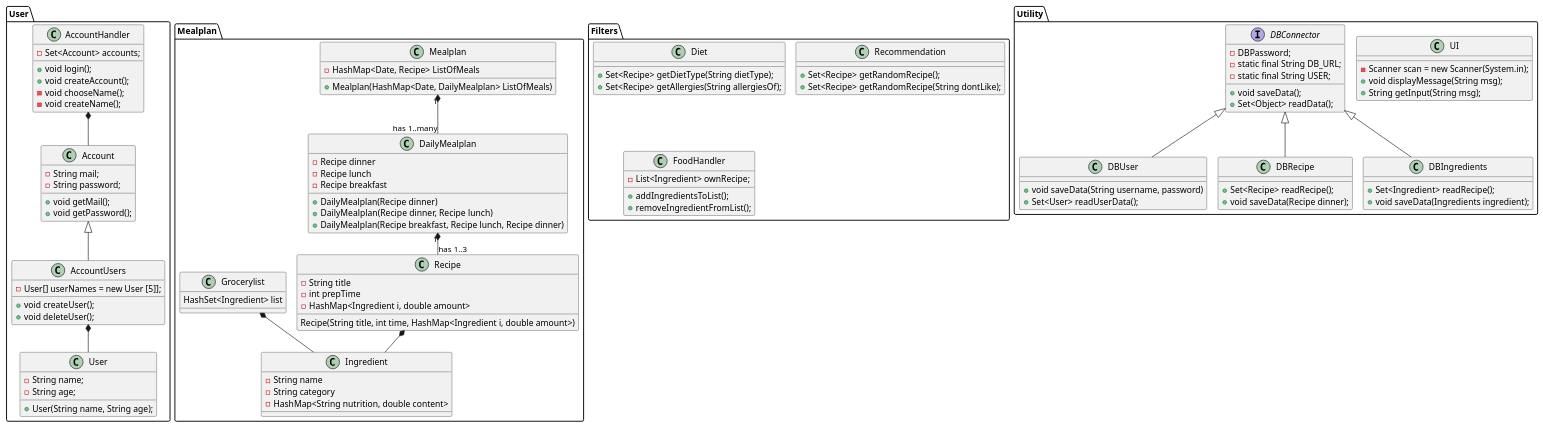
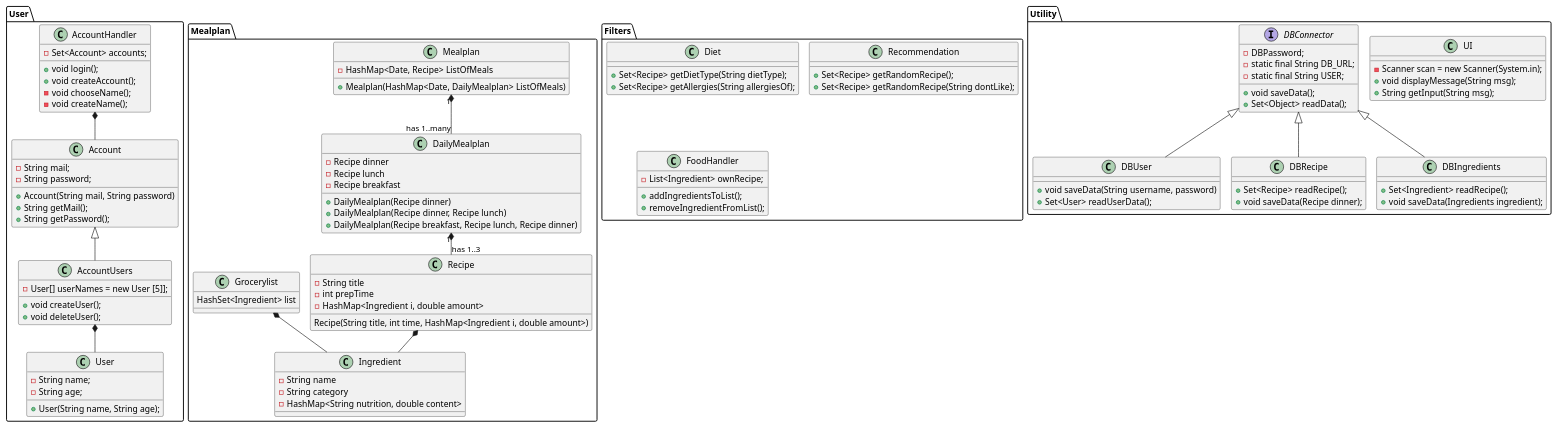
The diagram in Documents/Class Diagram.puml (lassekh/ICE), drawn with PlantUML before and after one commit. The commit also changed 5 other files, not shown here.

```diff
--- a/Documents/Class Diagram.puml
+++ b/Documents/Class Diagram.puml
@@ -1,135 +1,136 @@
 @startuml
 'https://plantuml.com/class-diagram
 !pragma layout smetana
 
 Package User{
 class Account
 class AccountUsers
 class AccountHandler
 class User
 
 'Label on relations
 Account <|-- AccountUsers
 AccountHandler *-- Account
 AccountUsers *-- User
 
 'Methods and attributes
 Account : - String mail;
 Account : - String password;
-Account : + void getMail();
-Account : + void getPassword();
+Account : + Account(String mail, String password)
+Account : + String getMail();
+Account : + String getPassword();
 
 AccountUsers : - User[] userNames = new User [5]];
 AccountUsers : + void createUser();
 AccountUsers : + void deleteUser();
 
 AccountHandler : + void login();
 AccountHandler : + void createAccount();
 AccountHandler : - Set<Account> accounts;
 AccountHandler : - void chooseName();
 AccountHandler : - void createName();
 
 User : - String name;
 User : - String age;
 User : + User(String name, String age);
 
 }
 
 Package Mealplan{
 class Mealplan
 Mealplan : - HashMap<Date, Recipe> ListOfMeals
 Mealplan : + Mealplan(HashMap<Date, DailyMealplan> ListOfMeals)
 
 class DailyMealplan
 DailyMealplan : - Recipe dinner
 DailyMealplan : - Recipe lunch
 DailyMealplan : - Recipe breakfast
 DailyMealplan : + DailyMealplan(Recipe dinner)
 DailyMealplan : + DailyMealplan(Recipe dinner, Recipe lunch)
 DailyMealplan : + DailyMealplan(Recipe breakfast, Recipe lunch, Recipe dinner)
 
 class Recipe
 Recipe : - String title
 Recipe : - int prepTime
 Recipe : - HashMap<Ingredient i, double amount>
 Recipe : Recipe(String title, int time, HashMap<Ingredient i, double amount>)
 
 class Ingredient
 Ingredient : - String name
 Ingredient : - String category
 Ingredient : - HashMap<String nutrition, double content>
 
 class Grocerylist
 Grocerylist : HashSet<Ingredient> list
 
 'Label on relations
 Mealplan "1" *-- "has 1..many" DailyMealplan
 DailyMealplan "1" *-- "has 1..3" Recipe
 Recipe *-- Ingredient
 Grocerylist *-- Ingredient
 }
 
 Package Filters{
 class Diet
 'behøves felter vedr. diæt typer?
 'Diet : - String lowCarb;
 'Diet : - String keto;
 
 Diet : + Set<Recipe> getDietType(String dietType);
 Diet : + Set<Recipe> getAllergies(String allergiesOf);
 'evt i fremtiden en liste hvor begge kriterier indgår
 
 class Recommendation
 Recommendation : + Set<Recipe> getRandomRecipe();
 Recommendation : + Set<Recipe> getRandomRecipe(String dontLike);
 
 class FoodHandler
 FoodHandler : - List<Ingredient> ownRecipe;
 FoodHandler : + addIngredientsToList();
 FoodHandler : + removeIngredientFromList();
 
 }
 
 
 
 Package Utility{
 'class IO
 class UI
 interface DBConnector
 class DBUser
 class DBRecipe
 class DBIngredients
 
 
 UI : - Scanner scan = new Scanner(System.in);
 UI : + void displayMessage(String msg);
 UI : + String getInput(String msg);
 
 DBConnector : - DBPassword;
 DBConnector : - static final String DB_URL;
 DBConnector : - static final String USER;
 DBConnector : + void saveData();
 DBConnector : + Set<Object> readData();
 
 DBUser : + void saveData(String username, password)
 DBUser : + Set<User> readUserData();
 
 DBRecipe : + Set<Recipe> readRecipe();
 DBRecipe : + void saveData(Recipe dinner);
 
 DBIngredients : + Set<Ingredient> readRecipe();
 DBIngredients : + void saveData(Ingredients ingredient);
 
 }
 
 
 'Label on relations
 DBConnector <|-- DBUser
 DBConnector <|-- DBRecipe
 DBConnector <|-- DBIngredients
 
 'User *-- Grocerylist
 'Recipe *-- Diet
 'Recipe *-- DBConnector
 'Ingredient *-- DBConnector
 @enduml
```
